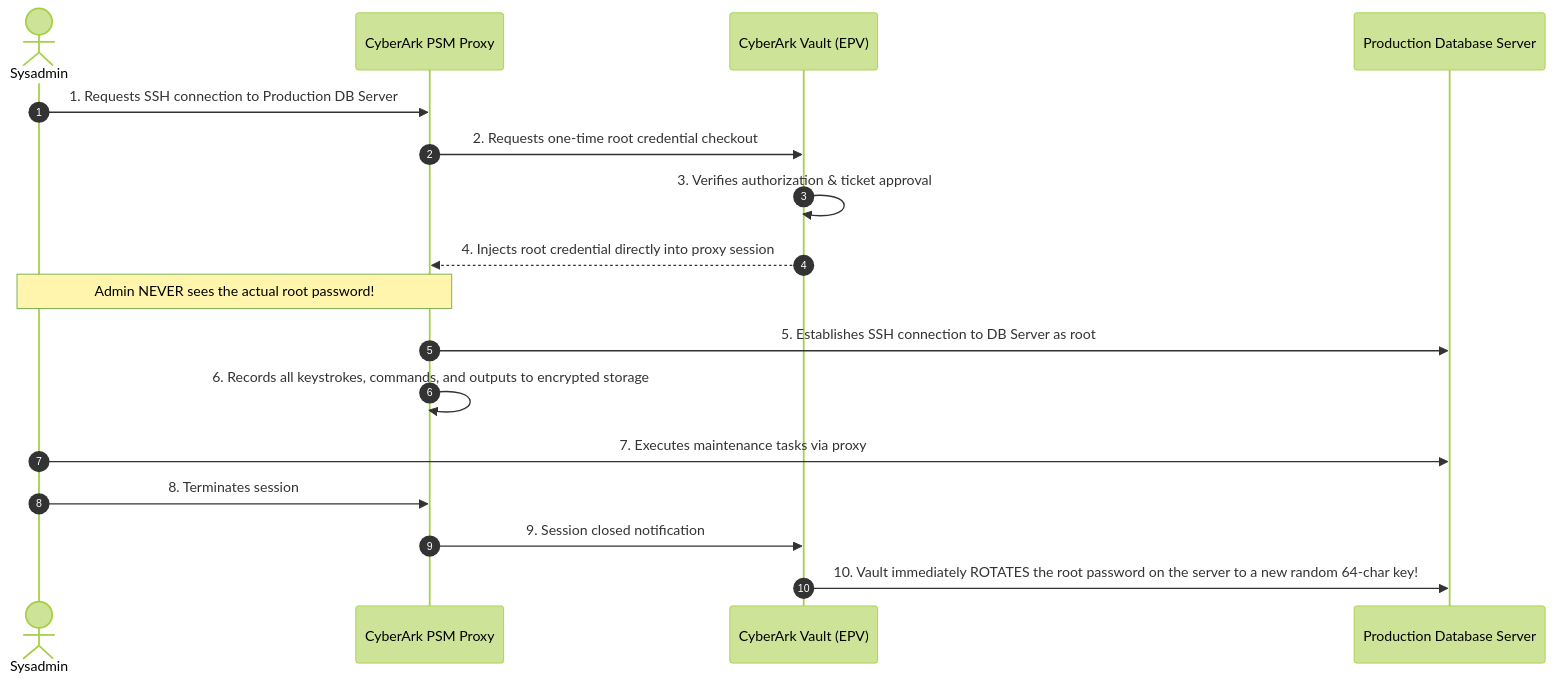
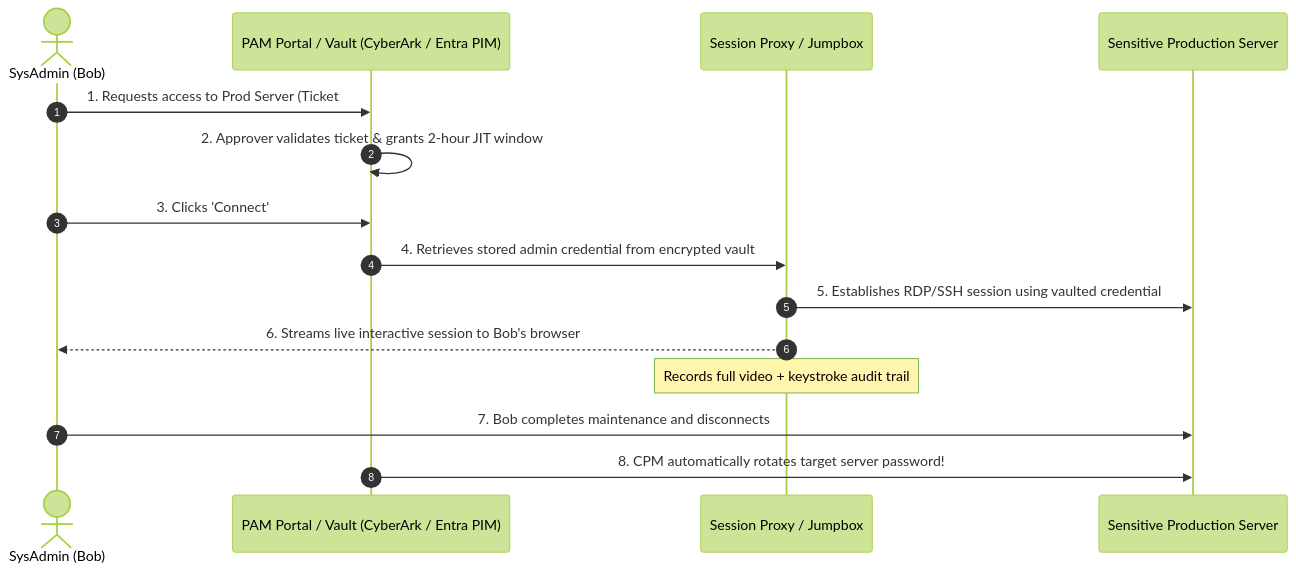
One commit to varunks04/CBS-Roleplay changed the first of 2 diagrams in IAM/02_Core_Concepts/05_Privileged_Access_Management_PAM.md. Above: the diagram before and after it, drawn with Mermaid (forest theme). The commit also changed other lines of this file and 37 other files, not shown here.

````diff
--- a/IAM/02_Core_Concepts/05_Privileged_Access_Management_PAM.md
+++ b/IAM/02_Core_Concepts/05_Privileged_Access_Management_PAM.md
@@ -53,20 +36,18 @@
 ```mermaid
 sequenceDiagram
     autonumber
-    actor Admin as Sysadmin
-    participant PSM as CyberArk PSM Proxy
-    participant Vault as CyberArk Vault (EPV)
-    participant Target as Production Database Server
+    actor Admin as SysAdmin (Bob)
+    participant PAM as PAM Portal / Vault (CyberArk / Entra PIM)
+    participant PSM as Session Proxy / Jumpbox
+    participant Target as Sensitive Production Server
 
-    Admin->>PSM: 1. Requests SSH connection to Production DB Server
-    PSM->>Vault: 2. Requests one-time root credential checkout
-    Vault->>Vault: 3. Verifies authorization & ticket approval
-    Vault-->>PSM: 4. Injects root credential directly into proxy session
-    Note over Admin,PSM: Admin NEVER sees the actual root password!
-    PSM->>Target: 5. Establishes SSH connection to DB Server as root
-    PSM->>PSM: 6. Records all keystrokes, commands, and outputs to encrypted storage
-    Admin->>Target: 7. Executes maintenance tasks via proxy
-    Admin->>PSM: 8. Terminates session
-    PSM->>Vault: 9. Session closed notification
-    Vault->>Target: 10. Vault immediately ROTATES the root password on the server to a new random 64-char key!
+    Admin->>PAM: 1. Requests access to Prod Server (Ticket #1234)
+    PAM->>PAM: 2. Approver validates ticket & grants 2-hour JIT window
+    Admin->>PAM: 3. Clicks 'Connect'
+    PAM->>PSM: 4. Retrieves stored admin credential from encrypted vault
+    PSM->>Target: 5. Establishes RDP/SSH session using vaulted credential
+    PSM-->>Admin: 6. Streams live interactive session to Bob's browser
+    Note over PSM: Records full video + keystroke audit trail
+    Admin->>Target: 7. Bob completes maintenance and disconnects
+    PAM->>Target: 8. CPM automatically rotates target server password!
 ```
````
